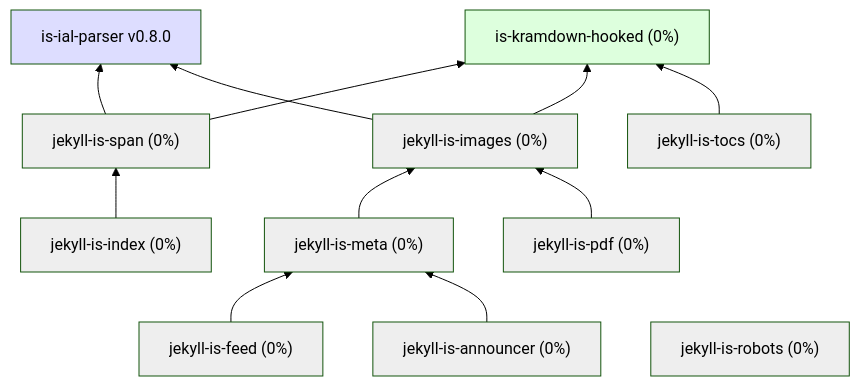
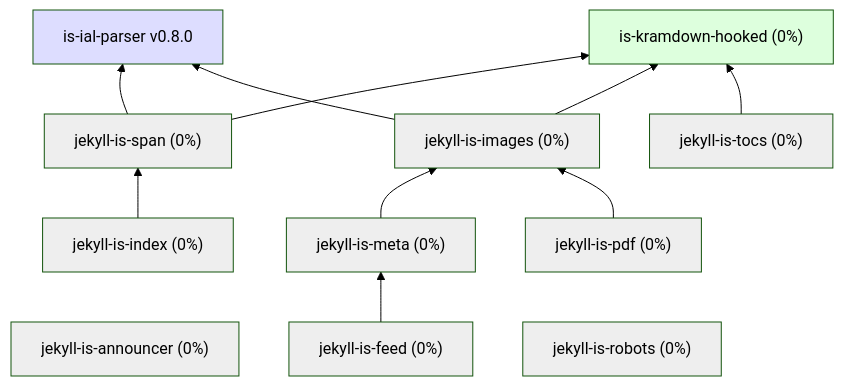
Before and after one commit to jekyll-is/.github: the diagram in profile/README.md, drawn with Mermaid (forest theme). The commit also changed other lines of this file, not shown here.

````diff
--- a/profile/README.md
+++ b/profile/README.md
@@ -3,44 +3,44 @@
 ```mermaid
 graph BT
   ial["is-ial-parser v0.8.0"]
   kramdown["is-kramdown-hooked (0%)"]
   tocs["jekyll-is-tocs (0%)"] --> kramdown
   images["jekyll-is-images (0%)"] --> ial
   images --> kramdown
-  announcer["jekyll-is-announcer (0%)"] --> meta
+  announcer["jekyll-is-announcer (0%)"]
   pdf["jekyll-is-pdf (0%)"] --> images
   meta["jekyll-is-meta (0%)"] --> images
   feed["jekyll-is-feed (0%)"] --> meta
   span["jekyll-is-span (0%)"] --> ial
   index["jekyll-is-index (0%)"] --> span
   span --> kramdown
   robots["jekyll-is-robots (0%)"]
 
 click ial "https://github.com/jekyll-is/is-ial-parser"
 click kramdown "https://github.com/jekyll-is/is-kramdown-hooked"
 click announcer "https://github.com/jekyll-is/jekyll-is-announcer"
 click images "https://github.com/jekyll-is/jekyll-is-images"
 click robots "https://github.com/jekyll-is/jekyll-is-robots"
 click meta "https://github.com/jekyll-is/jekyll-is-meta"
 click pdf "https://github.com/jekyll-is/jekyll-is-pdf"
 click tocs "https://github.com/jekyll-is/jekyll-is-tocs"
 click feed "https://github.com/jekyll-is/jekyll-is-feed"
 click index "https://github.com/jekyll-is/jekyll-is-index"
 click span "https://github.com/jekyll-is/jekyll-is-span"
 
 classDef green fill:#DFD
 classDef gray fill:#EEE
 classDef blue fill:#DDF
 
 class ial blue
 class kramdown green
 class images gray
 class announcer gray
 class pdf gray
 class span gray
 class index gray
 class feed gray
 class meta gray
 class robots gray
 class tocs gray
 ```
````
